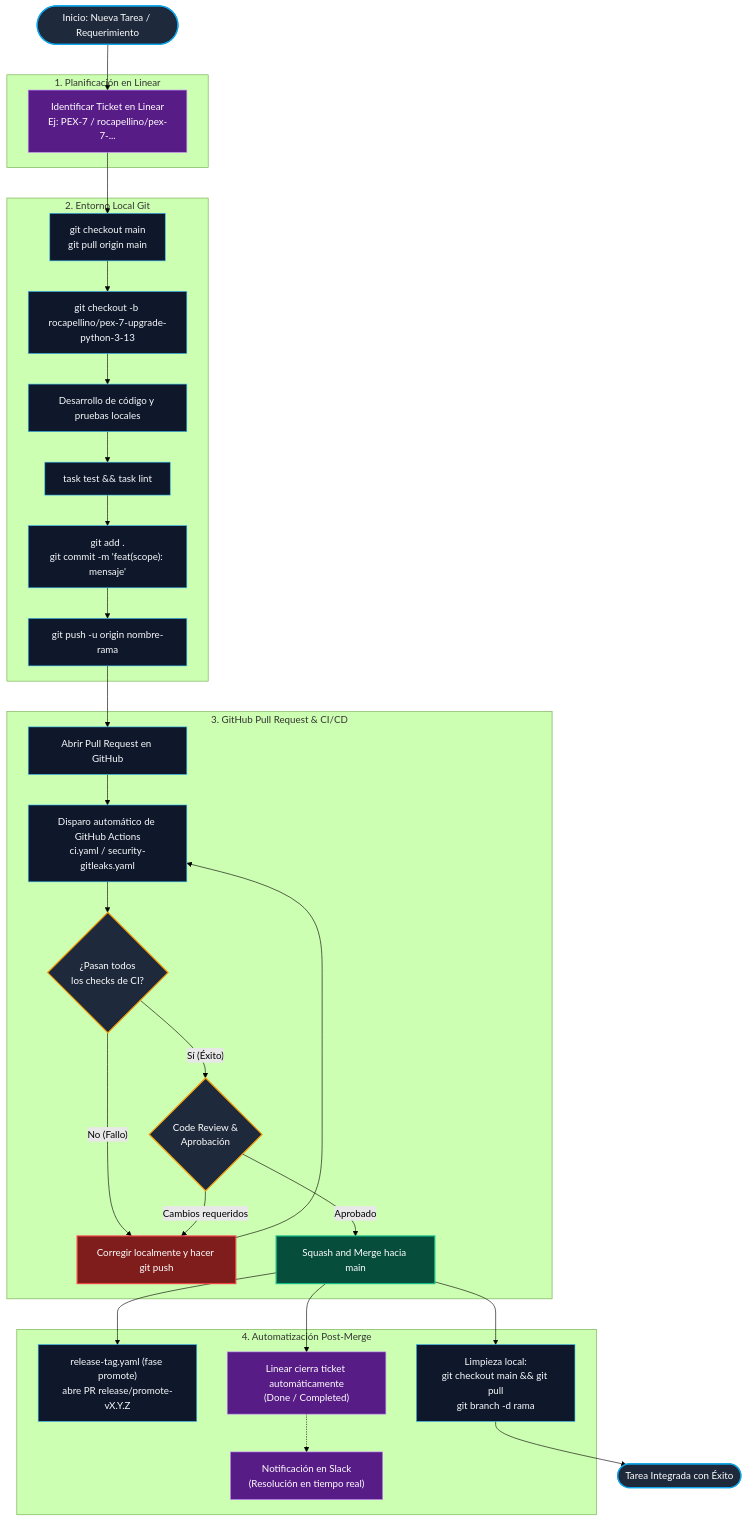
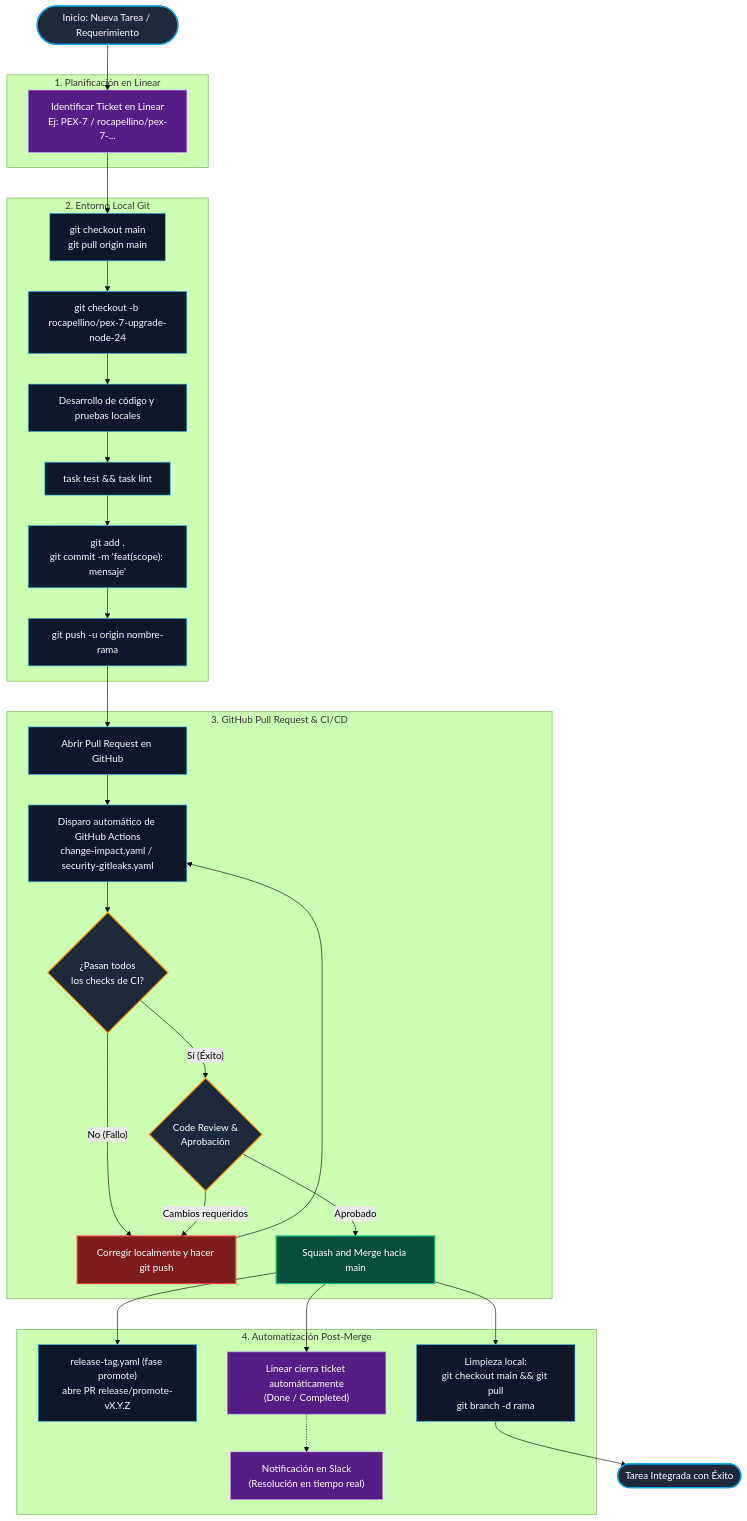
Before and after one commit to rocapellino/pokedex: the first of 2 diagrams in docs/devops/GIT_BRANCHING_AND_MERGE_WORKFLOW.md, drawn with Mermaid (forest theme). The commit also changed other lines of this file and 40 other files, not shown here.

````diff
--- a/docs/devops/GIT_BRANCHING_AND_MERGE_WORKFLOW.md
+++ b/docs/devops/GIT_BRANCHING_AND_MERGE_WORKFLOW.md
@@ -40,73 +40,73 @@
 ```mermaid
 flowchart TD
     %% Definición de Nodos
     Start(["Inicio: Nueva Tarea / Requerimiento"])
 
     subgraph Planificacion ["1. Planificación en Linear"]
         LinearIssue["Identificar Ticket en Linear<br/>Ej: PEX-7 / rocapellino/pex-7-..."]
     end
 
     subgraph DesarrolloLocal ["2. Entorno Local Git"]
         SyncMain["git checkout main<br/>git pull origin main"]
-        CreateBranch["git checkout -b rocapellino/pex-7-upgrade-python-3-13"]
+        CreateBranch["git checkout -b rocapellino/pex-7-upgrade-node-24"]
         Coding["Desarrollo de código y pruebas locales"]
         LocalAudit["task test && task lint"]
         CommitChanges["git add .<br/>git commit -m 'feat(scope): mensaje'"]
         PushRemote["git push -u origin nombre-rama"]
     end
 
     subgraph RevisionGitHub ["3. GitHub Pull Request & CI/CD"]
         OpenPR["Abrir Pull Request en GitHub"]
-        CIWorkflow["Disparo automático de GitHub Actions<br/>ci.yaml / security-gitleaks.yaml"]
+        CIWorkflow["Disparo automático de GitHub Actions<br/>change-impact.yaml / security-gitleaks.yaml"]
         CheckCI{"¿Pasan todos<br/>los checks de CI?"}
         FixLocally["Corregir localmente y hacer git push"]
         ReviewCopilot{"Code Review &<br/>Aprobación"}
         MergeToMain["Squash and Merge hacia main"]
     end
 
     subgraph PostMerge ["4. Automatización Post-Merge"]
         AutoTag["release-tag.yaml (fase promote)<br/>abre PR release/promote-vX.Y.Z"]
         LinearClose["Linear cierra ticket automáticamente<br/>(Done / Completed)"]
         SlackDone["Notificación en Slack<br/>(Resolución en tiempo real)"]
         CleanLocal["Limpieza local:<br/>git checkout main && git pull<br/>git branch -d rama"]
     end
 
     Finish(["Tarea Integrada con Éxito"])
 
     %% Conexiones
     Start --> LinearIssue
     LinearIssue --> SyncMain
     SyncMain --> CreateBranch
     CreateBranch --> Coding
     Coding --> LocalAudit
     LocalAudit --> CommitChanges
     CommitChanges --> PushRemote
     PushRemote --> OpenPR
     OpenPR --> CIWorkflow
     CIWorkflow --> CheckCI
     CheckCI -- "No (Fallo)" --> FixLocally
     FixLocally --> CIWorkflow
     CheckCI -- "Sí (Éxito)" --> ReviewCopilot
     ReviewCopilot -- "Cambios requeridos" --> FixLocally
     ReviewCopilot -- "Aprobado" --> MergeToMain
     MergeToMain --> AutoTag
     MergeToMain --> LinearClose
     LinearClose -.-> SlackDone
     MergeToMain --> CleanLocal
     CleanLocal --> Finish
 
     %% Estilos
     classDef startEnd fill:#1e293b,stroke:#0ea5e9,stroke-width:2px,color:#fff;
     classDef gitAction fill:#0f172a,stroke:#38bdf8,stroke-width:1px,color:#f8fafc;
     classDef linearStep fill:#581c87,stroke:#c084fc,stroke-width:1px,color:#fff;
     classDef decision fill:#1e293b,stroke:#f59e0b,stroke-width:2px,color:#fff;
     classDef success fill:#064e3b,stroke:#10b981,stroke-width:2px,color:#fff;
     classDef fail fill:#7f1d1d,stroke:#ef4444,stroke-width:2px,color:#fff;
 
     class Start,Finish startEnd;
     class LinearIssue,LinearClose,SlackDone linearStep;
     class SyncMain,CreateBranch,Coding,LocalAudit,CommitChanges,PushRemote,OpenPR,CIWorkflow,AutoTag,CleanLocal gitAction;
     class CheckCI,ReviewCopilot decision;
     class MergeToMain success;
     class FixLocally fail;
 ```
````
